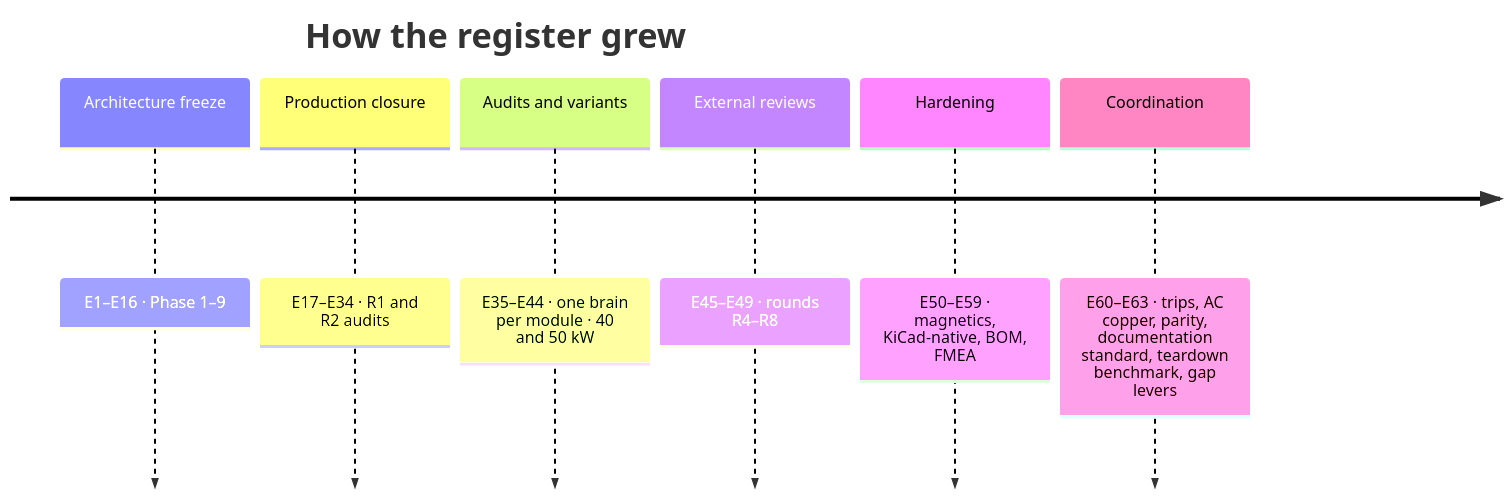
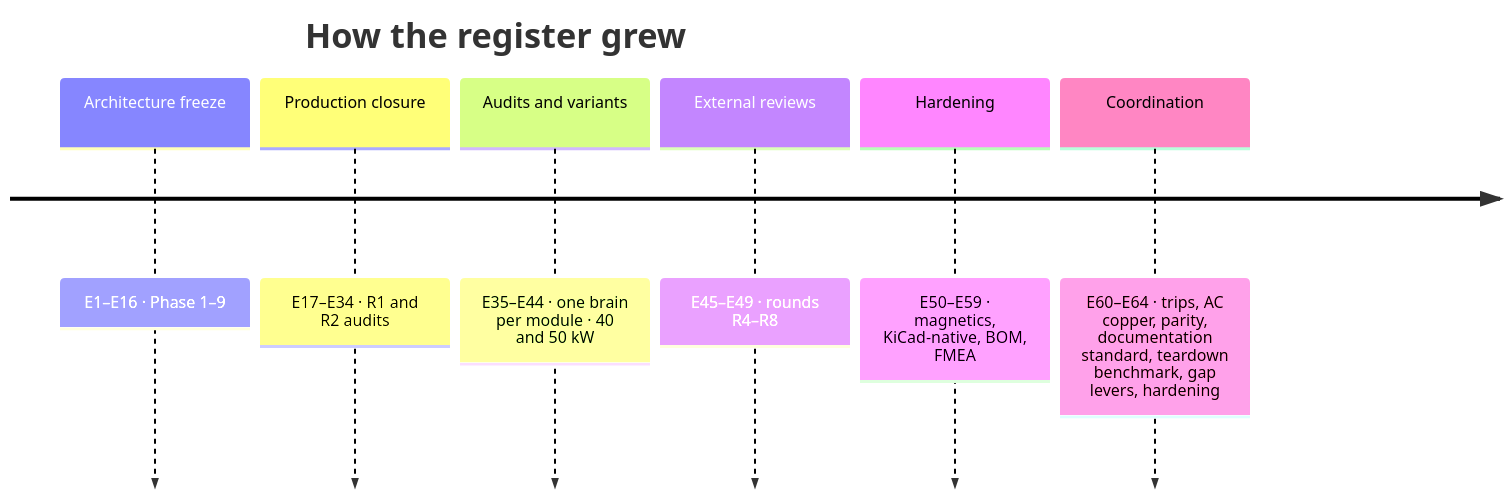
One commit to vectivolt/DC-Modules changed the diagram in docs/assumptions.md. Above: the diagram before and after it, drawn with Mermaid. The commit also changed other lines of this file and 57 other files, not shown here.

````diff
--- a/docs/assumptions.md
+++ b/docs/assumptions.md
@@ -38,10 +38,10 @@
 ```mermaid
 timeline
   title How the register grew
   Architecture freeze : E1–E16 · Phase 1–9
   Production closure : E17–E34 · R1 and R2 audits
   Audits and variants : E35–E44 · one brain per module · 40 and 50 kW
   External reviews : E45–E49 · rounds R4–R8
   Hardening : E50–E59 · magnetics, KiCad-native, BOM, FMEA
-  Coordination : E60–E63 · trips, AC copper, parity, documentation standard, teardown benchmark, gap levers
+  Coordination : E60–E64 · trips, AC copper, parity, documentation standard, teardown benchmark, gap levers, hardening
 ```
````
